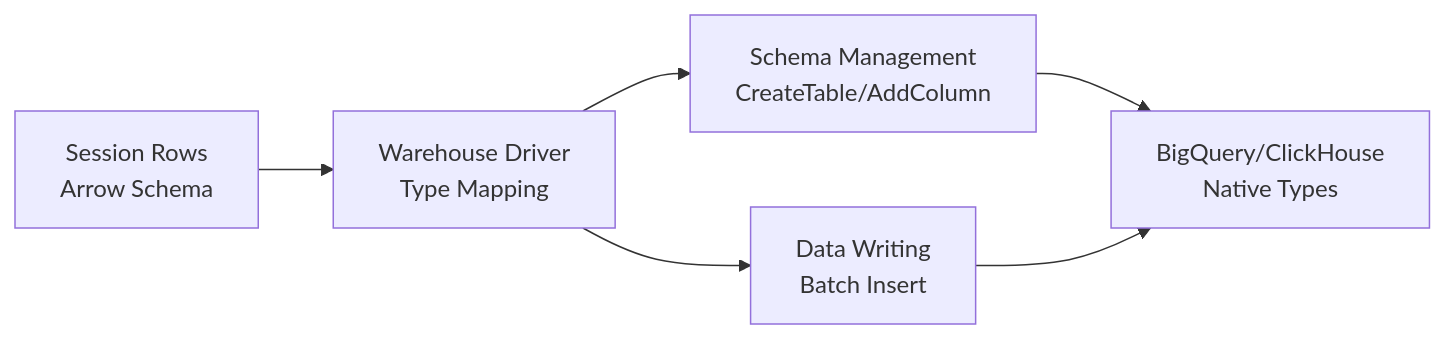
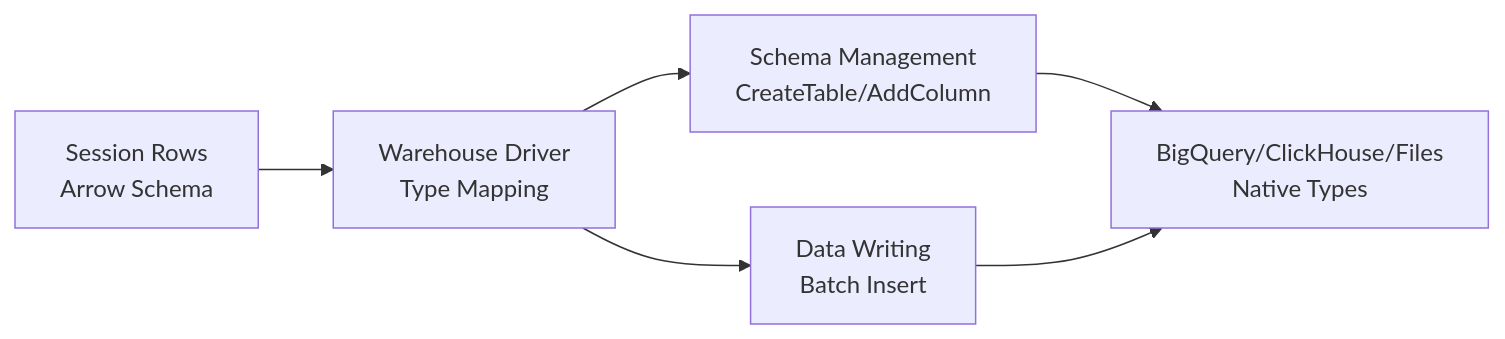
Before and after one commit to d8a-tech/d8a: the seventh of 7 diagrams in docs/docs/articles/technical-deep-dive.md, drawn with Mermaid. The commit also changed other lines of this file and 57 other files, not shown here.

````diff
--- a/docs/docs/articles/technical-deep-dive.md
+++ b/docs/docs/articles/technical-deep-dive.md
@@ -387,8 +387,8 @@
 ```mermaid
 flowchart LR
     A[Session Rows<br/>Arrow Schema] --> B[Warehouse Driver<br/>Type Mapping]
     B --> C[Schema Management<br/>CreateTable/AddColumn]
     B --> D[Data Writing<br/>Batch Insert]
-    C --> E[BigQuery/ClickHouse<br/>Native Types]
+    C --> E[BigQuery/ClickHouse/Files<br/>Native Types]
     D --> E
 ```
````
